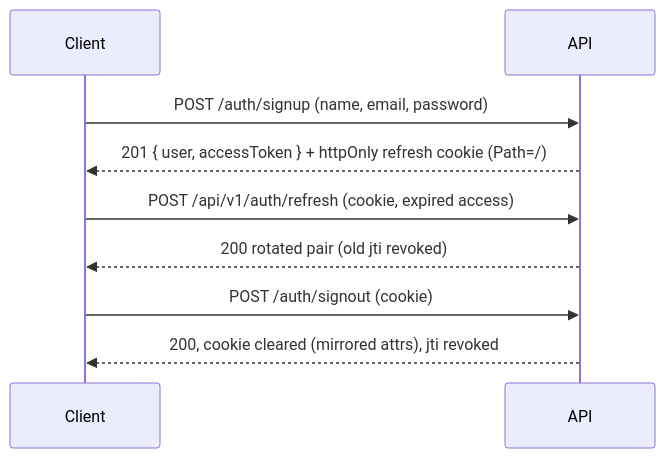
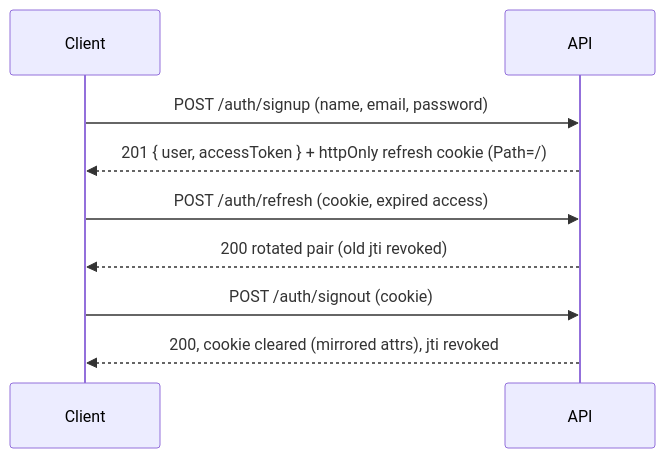
Before and after one commit to hiamrhex/naijaaste-ai: the second of 5 diagrams in README.md, drawn with Mermaid. The commit also changed other lines of this file, not shown here.

````diff
--- a/README.md
+++ b/README.md
@@ -87,11 +88,11 @@
 ```mermaid
 sequenceDiagram
     participant C as Client
     participant S as API
     C->>S: POST /auth/signup (name, email, password)
     S-->>C: 201 { user, accessToken } + httpOnly refresh cookie (Path=/)
-    C->>S: POST /api/v1/auth/refresh (cookie, expired access)
+    C->>S: POST /auth/refresh (cookie, expired access)
     S-->>C: 200 rotated pair (old jti revoked)
     C->>S: POST /auth/signout (cookie)
     S-->>C: 200, cookie cleared (mirrored attrs), jti revoked
 ```
````
